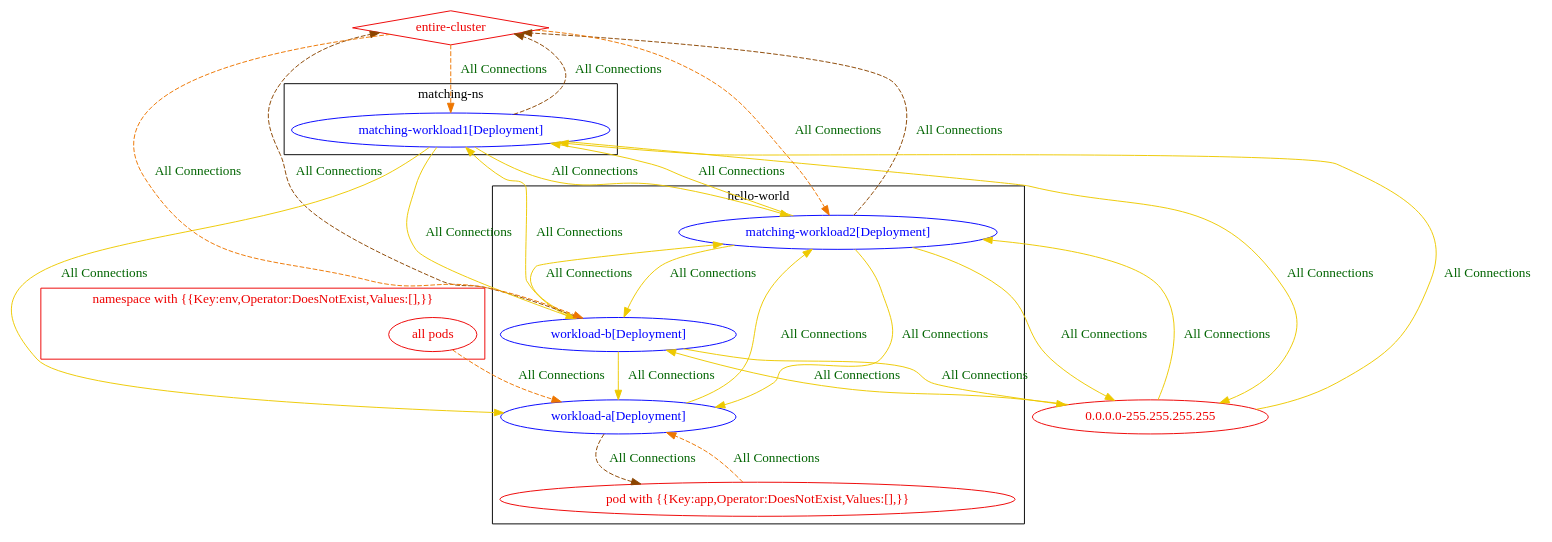
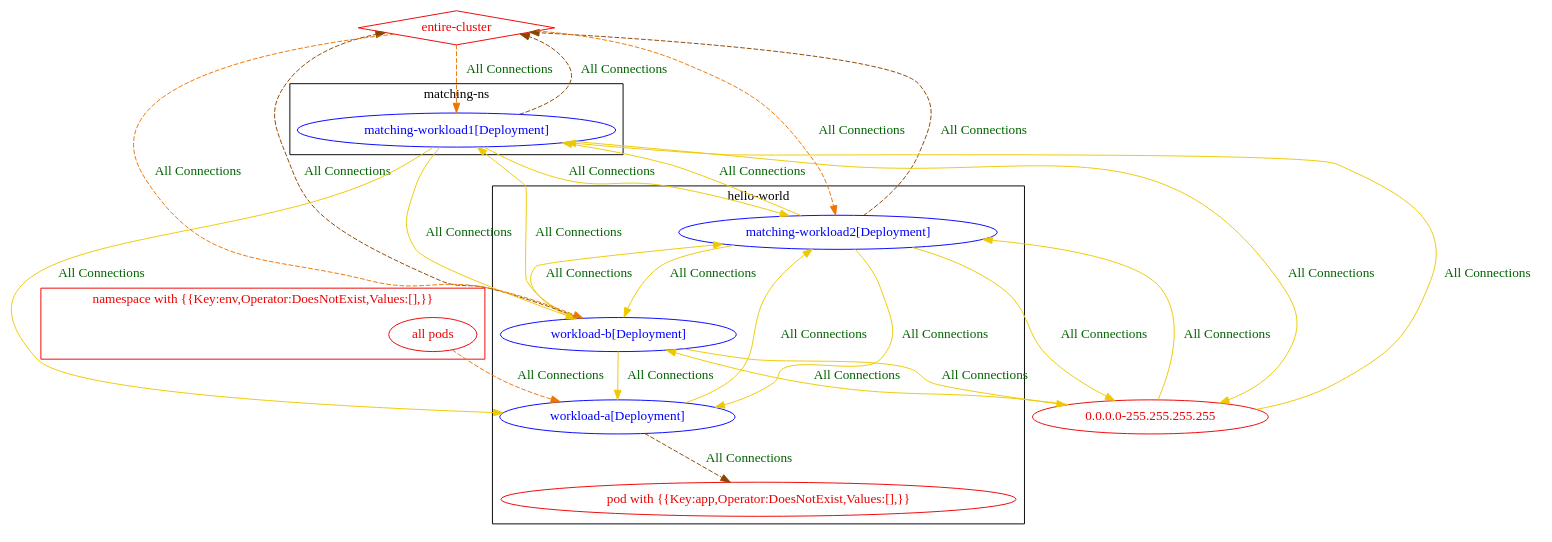
The diagram in test_outputs/connlist/exposure_test_exposure_with_match_expression_does_not_exist_op_with_matching_pods_connlist_output.dot (np-guard/netpol-analyzer), drawn with Graphviz before and after one commit. The commit also changed 119 other files, not shown here.

```diff
--- a/test_outputs/connlist/exposure_test_exposure_with_match_expression_does_not_exist_op_with_matching_pods_connlist_output.dot
+++ b/test_outputs/connlist/exposure_test_exposure_with_match_expression_does_not_exist_op_with_matching_pods_connlist_output.dot
@@ -1,50 +1,49 @@
 digraph {
 	subgraph "cluster_hello_world" {
 		color="black"
 		fontcolor="black"
 		"hello-world/matching-workload2[Deployment]" [label="matching-workload2[Deployment]" color="blue" fontcolor="blue"]
 		"hello-world/workload-a[Deployment]" [label="workload-a[Deployment]" color="blue" fontcolor="blue"]
 		"hello-world/workload-b[Deployment]" [label="workload-b[Deployment]" color="blue" fontcolor="blue"]
 		"pod with {{Key:app,Operator:DoesNotExist,Values:[],}}_in_hello-world" [label="pod with {{Key:app,Operator:DoesNotExist,Values:[],}}" color="red2" fontcolor="red2"]
 		label="hello-world"
 	}
 	subgraph "cluster_matching_ns" {
 		color="black"
 		fontcolor="black"
 		"matching-ns/matching-workload1[Deployment]" [label="matching-workload1[Deployment]" color="blue" fontcolor="blue"]
 		label="matching-ns"
 	}
 	subgraph "cluster_namespace with {{Key:env,Operator:DoesNotExist,Values:[],}}" {
 		color="red2"
 		fontcolor="red2"
 		"all pods_in_namespace with {{Key:env,Operator:DoesNotExist,Values:[],}}" [label="all pods" color="red2" fontcolor="red2"]
 		label="namespace with {{Key:env,Operator:DoesNotExist,Values:[],}}"
 	}
 	"0.0.0.0-255.255.255.255" [label="0.0.0.0-255.255.255.255" color="red2" fontcolor="red2"]
 	"entire-cluster" [label="entire-cluster" color="red2" fontcolor="red2" shape=diamond]
 	"0.0.0.0-255.255.255.255" -> "hello-world/matching-workload2[Deployment]" [label="All Connections" color="gold2" fontcolor="darkgreen" weight=0.5]
 	"0.0.0.0-255.255.255.255" -> "hello-world/workload-b[Deployment]" [label="All Connections" color="gold2" fontcolor="darkgreen" weight=0.5]
 	"0.0.0.0-255.255.255.255" -> "matching-ns/matching-workload1[Deployment]" [label="All Connections" color="gold2" fontcolor="darkgreen" weight=0.5]
 	"all pods_in_namespace with {{Key:env,Operator:DoesNotExist,Values:[],}}" -> "hello-world/workload-a[Deployment]" [label="All Connections" color="darkorange2" fontcolor="darkgreen" weight=1 style=dashed]
 	"entire-cluster" -> "hello-world/matching-workload2[Deployment]" [label="All Connections" color="darkorange2" fontcolor="darkgreen" weight=1 style=dashed]
 	"entire-cluster" -> "hello-world/workload-b[Deployment]" [label="All Connections" color="darkorange2" fontcolor="darkgreen" weight=1 style=dashed]
 	"entire-cluster" -> "matching-ns/matching-workload1[Deployment]" [label="All Connections" color="darkorange2" fontcolor="darkgreen" weight=1 style=dashed]
 	"hello-world/matching-workload2[Deployment]" -> "0.0.0.0-255.255.255.255" [label="All Connections" color="gold2" fontcolor="darkgreen" weight=1]
 	"hello-world/matching-workload2[Deployment]" -> "entire-cluster" [label="All Connections" color="darkorange4" fontcolor="darkgreen" weight=0.5 style=dashed]
 	"hello-world/matching-workload2[Deployment]" -> "hello-world/workload-a[Deployment]" [label="All Connections" color="gold2" fontcolor="darkgreen" weight=0.5]
 	"hello-world/matching-workload2[Deployment]" -> "hello-world/workload-b[Deployment]" [label="All Connections" color="gold2" fontcolor="darkgreen" weight=0.5]
 	"hello-world/matching-workload2[Deployment]" -> "matching-ns/matching-workload1[Deployment]" [label="All Connections" color="gold2" fontcolor="darkgreen" weight=0.5]
 	"hello-world/workload-a[Deployment]" -> "hello-world/matching-workload2[Deployment]" [label="All Connections" color="gold2" fontcolor="darkgreen" weight=1]
 	"hello-world/workload-a[Deployment]" -> "pod with {{Key:app,Operator:DoesNotExist,Values:[],}}_in_hello-world" [label="All Connections" color="darkorange4" fontcolor="darkgreen" weight=0.5 style=dashed]
 	"hello-world/workload-b[Deployment]" -> "0.0.0.0-255.255.255.255" [label="All Connections" color="gold2" fontcolor="darkgreen" weight=1]
 	"hello-world/workload-b[Deployment]" -> "entire-cluster" [label="All Connections" color="darkorange4" fontcolor="darkgreen" weight=0.5 style=dashed]
 	"hello-world/workload-b[Deployment]" -> "hello-world/matching-workload2[Deployment]" [label="All Connections" color="gold2" fontcolor="darkgreen" weight=1]
 	"hello-world/workload-b[Deployment]" -> "hello-world/workload-a[Deployment]" [label="All Connections" color="gold2" fontcolor="darkgreen" weight=1]
 	"hello-world/workload-b[Deployment]" -> "matching-ns/matching-workload1[Deployment]" [label="All Connections" color="gold2" fontcolor="darkgreen" weight=0.5]
 	"matching-ns/matching-workload1[Deployment]" -> "0.0.0.0-255.255.255.255" [label="All Connections" color="gold2" fontcolor="darkgreen" weight=1]
 	"matching-ns/matching-workload1[Deployment]" -> "entire-cluster" [label="All Connections" color="darkorange4" fontcolor="darkgreen" weight=0.5 style=dashed]
 	"matching-ns/matching-workload1[Deployment]" -> "hello-world/matching-workload2[Deployment]" [label="All Connections" color="gold2" fontcolor="darkgreen" weight=1]
 	"matching-ns/matching-workload1[Deployment]" -> "hello-world/workload-a[Deployment]" [label="All Connections" color="gold2" fontcolor="darkgreen" weight=1]
 	"matching-ns/matching-workload1[Deployment]" -> "hello-world/workload-b[Deployment]" [label="All Connections" color="gold2" fontcolor="darkgreen" weight=1]
-	"pod with {{Key:app,Operator:DoesNotExist,Values:[],}}_in_hello-world" -> "hello-world/workload-a[Deployment]" [label="All Connections" color="darkorange2" fontcolor="darkgreen" weight=1 style=dashed]
 }
```
